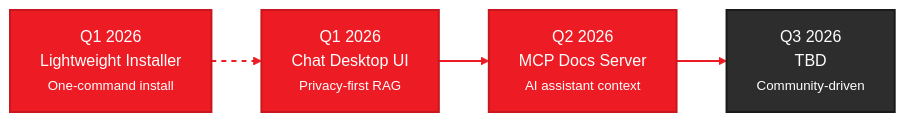
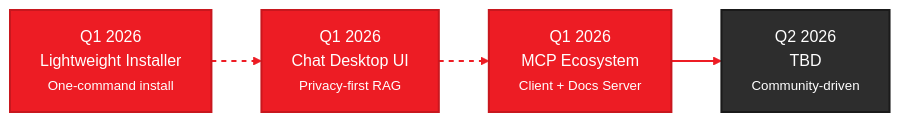
The diagram in docs/roadmap.mdx (kovtcharov/gaia), drawn with Mermaid before and after one commit. The commit also changed other lines of this file and 3 other files, not shown here.

Commit message:
mcp client

````diff
--- a/docs/roadmap.mdx
+++ b/docs/roadmap.mdx
@@ -28,21 +28,21 @@
 ```mermaid
 %%{init: {'theme':'base', 'themeVariables': { 'primaryColor':'#ED1C24', 'primaryTextColor':'#fff', 'primaryBorderColor':'#C8171E', 'lineColor':'#F4484D', 'secondaryColor':'#2d2d2d', 'tertiaryColor':'#f5f5f5', 'fontSize':'16px', 'fontFamily': 'system-ui, -apple-system, sans-serif'}}}%%
 graph LR
-    Q1["Q1 2026<br/>Lightweight Installer<br/><small>One-command install</small>"]
+    Q1A["Q1 2026<br/>Lightweight Installer<br/><small>One-command install</small>"]
     Q1B["Q1 2026<br/>Chat Desktop UI<br/><small>Privacy-first RAG</small>"]
-    Q2["Q2 2026<br/>MCP Docs Server<br/><small>AI assistant context</small>"]
-    Q3["Q3 2026<br/>TBD<br/><small>Community-driven</small>"]
+    Q1C["Q1 2026<br/>MCP Ecosystem<br/><small>Client + Docs Server</small>"]
+    Q2["Q2 2026<br/>TBD<br/><small>Community-driven</small>"]
 
-    Q1 -.-> Q1B
-    Q1B --> Q2
-    Q2 --> Q3
+    Q1A -.-> Q1B
+    Q1B -.-> Q1C
+    Q1C --> Q2
 
-    style Q1 fill:#ED1C24,stroke:#C8171E,stroke-width:2px,color:#fff
+    style Q1A fill:#ED1C24,stroke:#C8171E,stroke-width:2px,color:#fff
     style Q1B fill:#ED1C24,stroke:#C8171E,stroke-width:2px,color:#fff
-    style Q2 fill:#ED1C24,stroke:#C8171E,stroke-width:2px,color:#fff
-    style Q3 fill:#2d2d2d,stroke:#1a1a1a,stroke-width:2px,color:#fff
+    style Q1C fill:#ED1C24,stroke:#C8171E,stroke-width:2px,color:#fff
+    style Q2 fill:#2d2d2d,stroke:#1a1a1a,stroke-width:2px,color:#fff
 
     linkStyle 0 stroke:#ED1C24,stroke-width:2px,stroke-dasharray: 5 5
-    linkStyle 1 stroke:#ED1C24,stroke-width:2px
+    linkStyle 1 stroke:#ED1C24,stroke-width:2px,stroke-dasharray: 5 5
     linkStyle 2 stroke:#ED1C24,stroke-width:2px
 ```
````
